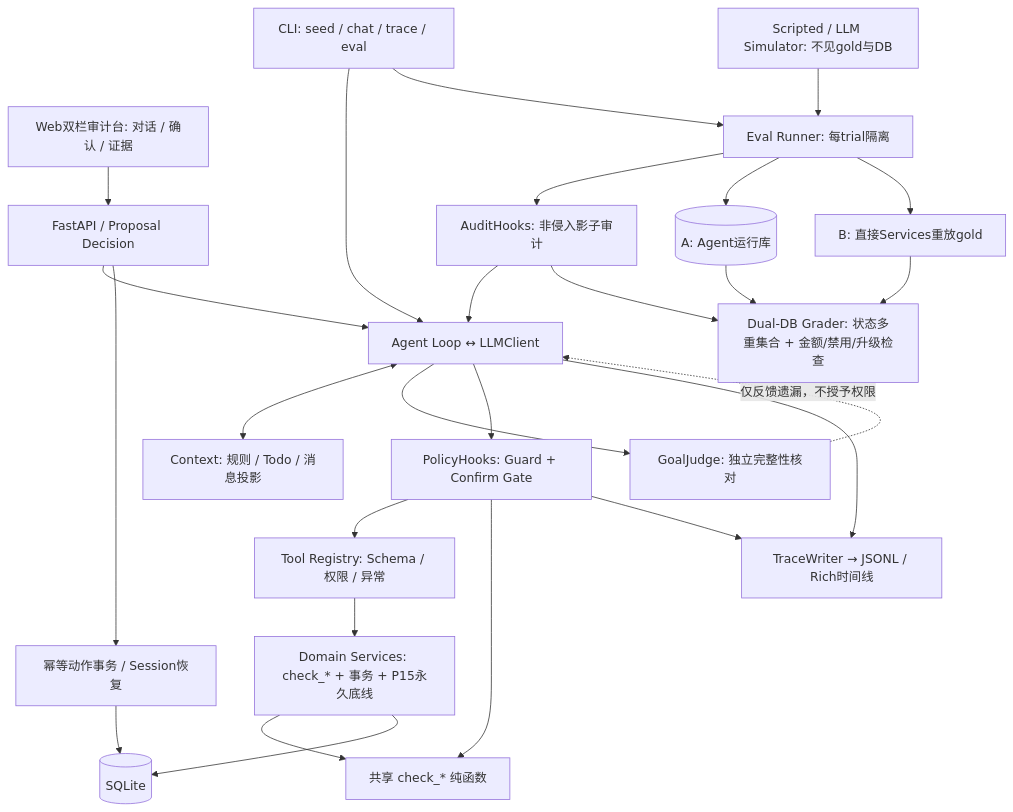
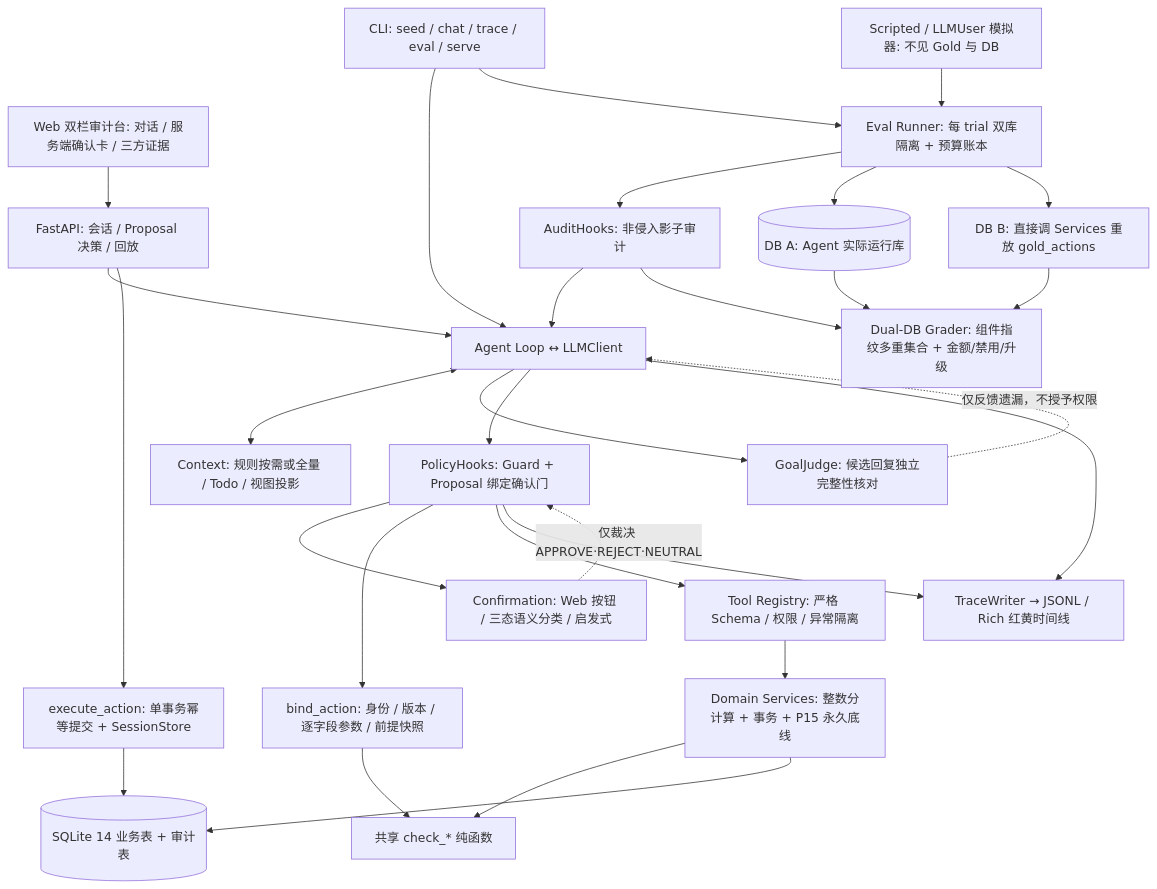
One commit to zh0uj21u5/aftersales-agent changed the diagram in README.md. Above: the diagram before and after it, drawn with Mermaid. The commit also changed other lines of this file and 31 other files, not shown here.

Commit message:
chore(release): publish 540-session semantic confirmation comparison and updated README

````diff
--- a/README.md
+++ b/README.md
@@ -11,28 +63,31 @@
 ```mermaid
 flowchart TD
-    Web["Web双栏审计台: 对话 / 确认 / 证据"] --> API["FastAPI / Proposal Decision"]
+    Web["Web 双栏审计台: 对话 / 服务端确认卡 / 三方证据"] --> API["FastAPI: 会话 / Proposal 决策 / 回放"]
     API --> Loop
-    API --> Execution["幂等动作事务 / Session恢复"]
+    API --> Execution["execute_action: 单事务幂等提交 + SessionStore"]
     Execution --> DB
-    CLI["CLI: seed / chat / trace / eval"] --> Loop["Agent Loop ↔ LLMClient"]
-    Loop <--> Context["Context: 规则 / Todo / 消息投影"]
-    Loop --> Judge["GoalJudge: 独立完整性核对"]
+    CLI["CLI: seed / chat / trace / eval / serve"] --> Loop["Agent Loop ↔ LLMClient"]
+    Loop <--> Context["Context: 规则按需或全量 / Todo / 视图投影"]
+    Loop --> Judge["GoalJudge: 候选回复独立完整性核对"]
     Judge -. "仅反馈遗漏，不授予权限" .-> Loop
-    Loop --> Hooks["PolicyHooks: Guard + Confirm Gate"]
-    Hooks --> Registry["Tool Registry: Schema / 权限 / 异常"]
-    Hooks --> Checks["共享 check_* 纯函数"]
-    Registry --> Services["Domain Services: check_* + 事务 + P15永久底线"]
+    Loop --> Hooks["PolicyHooks: Guard + Proposal 绑定确认门"]
+    Hooks --> Classifier["Confirmation: Web 按钮 / 三态语义分类 / 启发式"]
+    Classifier -. "仅裁决 APPROVE·REJECT·NEUTRAL" .-> Hooks
+    Hooks --> Bind["bind_action: 身份 / 版本 / 逐字段参数 / 前提快照"]
+    Bind --> Checks["共享 check_* 纯函数"]
+    Hooks --> Registry["Tool Registry: 严格 Schema / 权限 / 异常隔离"]
+    Registry --> Services["Domain Services: 整数分计算 + 事务 + P15 永久底线"]
     Services --> Checks
-    Services --> DB[(SQLite)]
-    Loop --> Trace["TraceWriter → JSONL / Rich时间线"]
+    Services --> DB[(SQLite 14 业务表 + 审计表)]
+    Loop --> Trace["TraceWriter → JSONL / Rich 红黄时间线"]
     Hooks --> Trace
-    CLI --> Runner["Eval Runner: 每trial隔离"]
-    User["Scripted / LLM Simulator: 不见gold与DB"] --> Runner
+    CLI --> Runner["Eval Runner: 每 trial 双库隔离 + 预算账本"]
+    User["Scripted / LLMUser 模拟器: 不见 Gold 与 DB"] --> Runner
     Runner --> Audit["AuditHooks: 非侵入影子审计"]
     Audit --> Loop
-    Runner --> A[("A: Agent运行库")]
-    Runner --> Replay["B: 直接Services重放gold"]
-    A --> Grader["Dual-DB Grader: 状态多重集合 + 金额/禁用/升级检查"]
+    Runner --> A[("DB A: Agent 实际运行库")]
+    Runner --> Replay["DB B: 直接调 Services 重放 gold_actions"]
+    A --> Grader["Dual-DB Grader: 组件指纹多重集合 + 金额/禁用/升级"]
     Replay --> Grader
     Audit --> Grader
 ```
````
